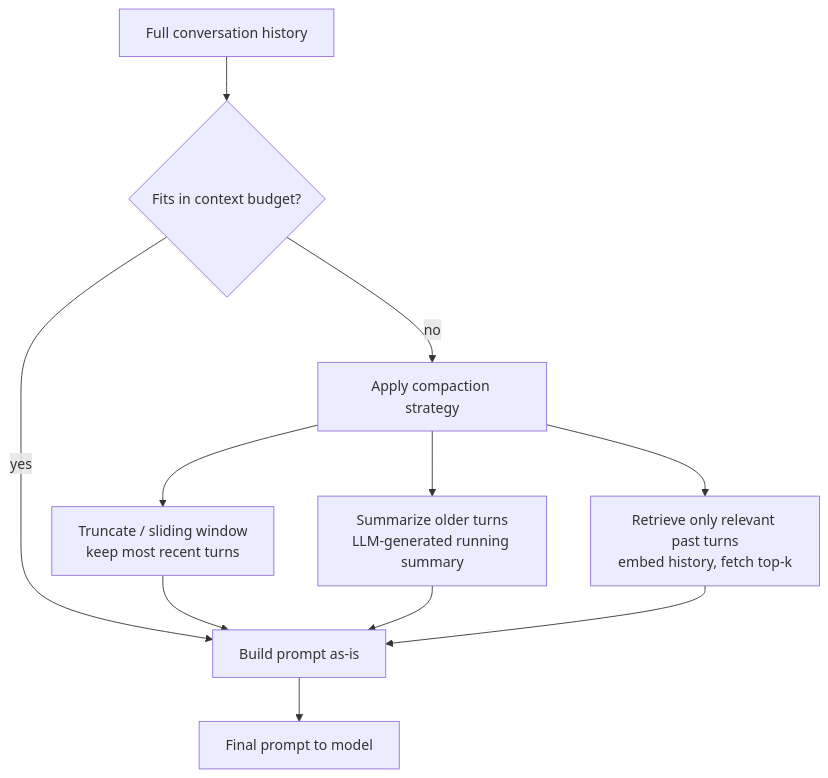
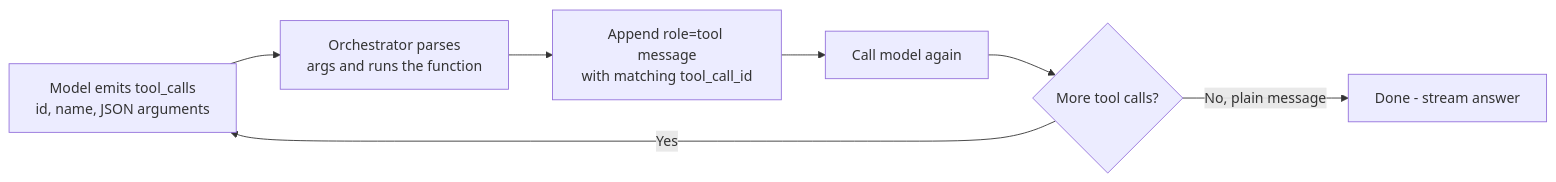
The eighth of 8 diagrams in case-studies/chatgpt-claude/README.md (codewithmuh/system-design), drawn with Mermaid before and after one commit. The commit also changed other lines of this file and 7 other files, not shown here.

````diff
--- a/case-studies/chatgpt-claude/README.md
+++ b/case-studies/chatgpt-claude/README.md
@@ -483,13 +622,9 @@
 ```mermaid
-graph TD
-    H["Full conversation history"] --> CHK{"Fits in context budget?"}
-    CHK -->|yes| BUILD["Build prompt as-is"]
-    CHK -->|no| STRAT["Apply compaction strategy"]
-    STRAT --> A["Truncate / sliding window<br/>keep most recent turns"]
-    STRAT --> B["Summarize older turns<br/>LLM-generated running summary"]
-    STRAT --> C["Retrieve only relevant past turns<br/>embed history, fetch top-k"]
-    A --> BUILD
-    B --> BUILD
-    C --> BUILD
-    BUILD --> OUT["Final prompt to model"]
+graph LR
+    A["Model emits tool_calls<br/>id, name, JSON arguments"] --> B["Orchestrator parses<br/>args and runs the function"]
+    B --> C["Append role=tool message<br/>with matching tool_call_id"]
+    C --> D["Call model again"]
+    D --> E{"More tool calls?"}
+    E -->|Yes| A
+    E -->|"No, plain message"| F["Done - stream answer"]
 ```
````
